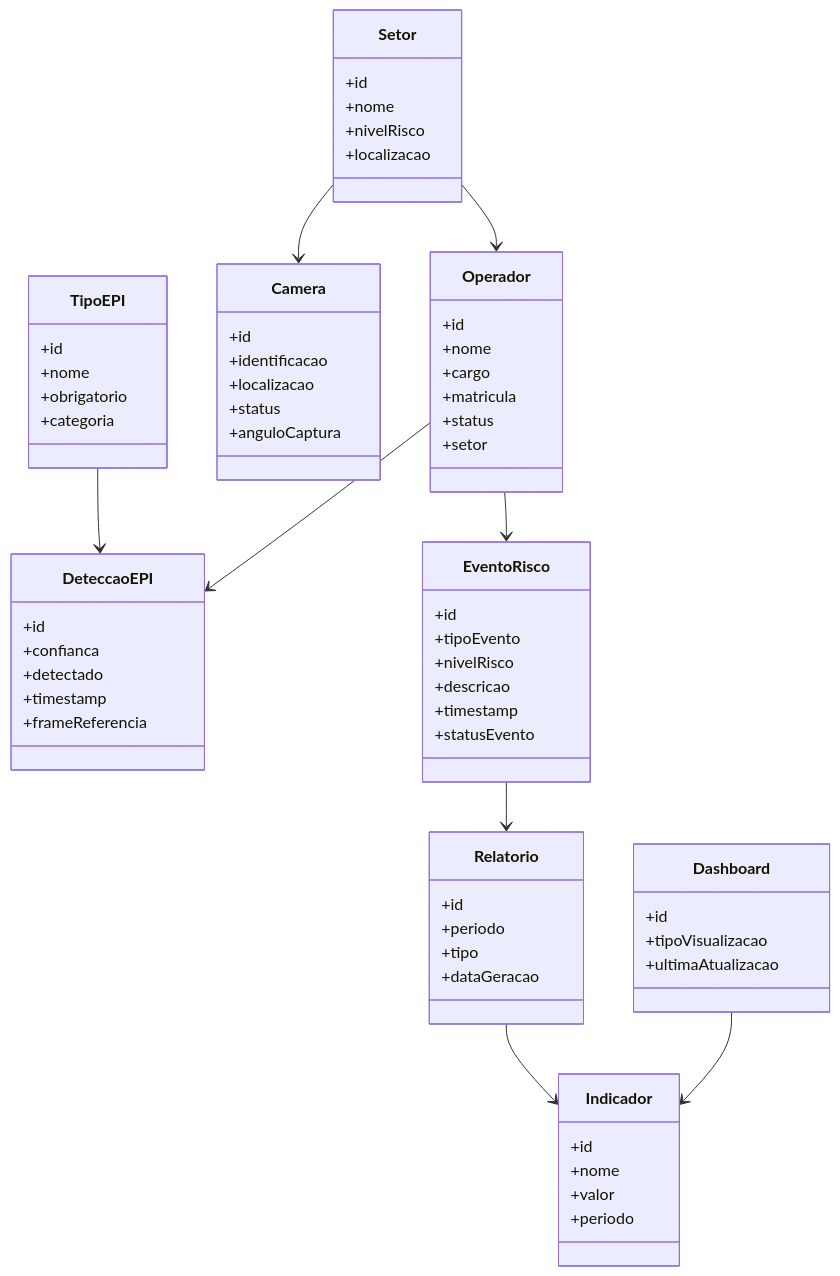
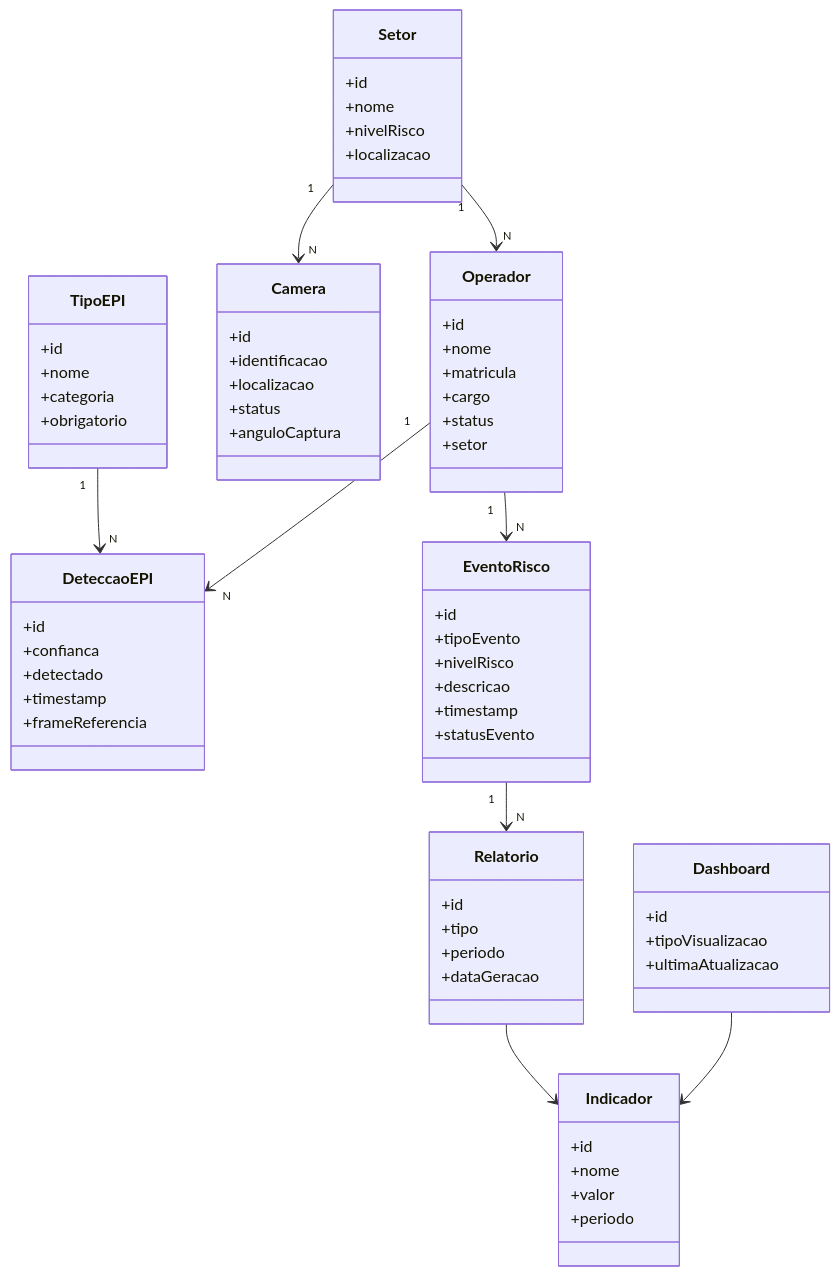
Before and after one commit to An4lu/SPRINT_EngenhariadeSoftware: the diagram in docs/diagramas/classes.md, drawn with Mermaid. The commit also changed other lines of this file and 4 other files, not shown here.

Commit message:
fix(): melhorias diagramas

````diff
--- a/docs/diagramas/classes.md
+++ b/docs/diagramas/classes.md
@@ -3,80 +75,80 @@
 ```mermaid
 classDiagram
 
 class Operador {
   +id
   +nome
+  +matricula
   +cargo
-  +matricula
   +status
   +setor
 }
 
 class Setor {
   +id
   +nome
   +nivelRisco
   +localizacao
 }
 
 class Camera {
   +id
   +identificacao
   +localizacao
   +status
   +anguloCaptura
 }
 
 class TipoEPI {
   +id
   +nome
+  +categoria
   +obrigatorio
-  +categoria
 }
 
 class DeteccaoEPI {
   +id
   +confianca
   +detectado
   +timestamp
   +frameReferencia
 }
 
 class EventoRisco {
   +id
   +tipoEvento
   +nivelRisco
   +descricao
   +timestamp
   +statusEvento
 }
 
 class Dashboard {
   +id
   +tipoVisualizacao
   +ultimaAtualizacao
 }
 
 class Relatorio {
   +id
+  +tipo
   +periodo
-  +tipo
   +dataGeracao
 }
 
 class Indicador {
   +id
   +nome
   +valor
   +periodo
 }
 
-Setor --> Operador
-Setor --> Camera
-Operador --> DeteccaoEPI
-Operador --> EventoRisco
-TipoEPI --> DeteccaoEPI
-EventoRisco --> Relatorio
+Setor "1" --> "N" Operador
+Setor "1" --> "N" Camera
+Operador "1" --> "N" DeteccaoEPI
+Operador "1" --> "N" EventoRisco
+TipoEPI "1" --> "N" DeteccaoEPI
+EventoRisco "1" --> "N" Relatorio
 Dashboard --> Indicador
 Relatorio --> Indicador
 ```
````
